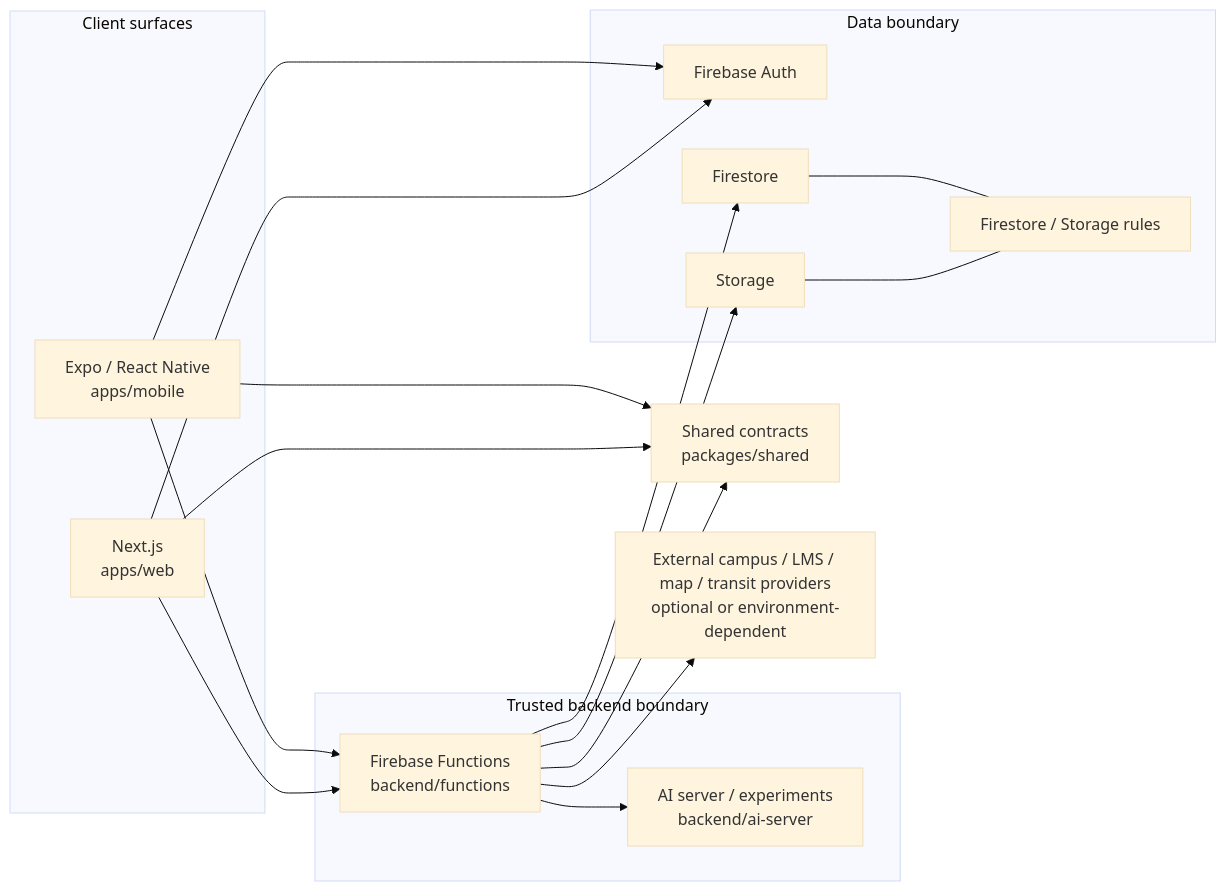
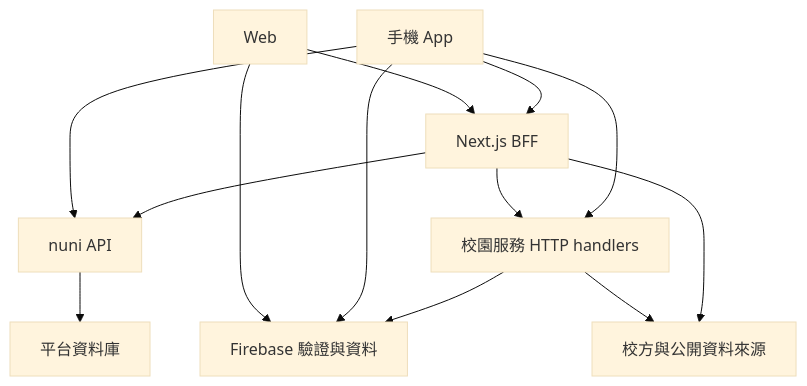
One commit to Miiduoa/graduation changed the diagram in docs/ARCHITECTURE_OVERVIEW.md. Above: the diagram before and after it, drawn with Mermaid (base theme). The commit also changed other lines of this file and 18 other files, not shown here.

First line of the commit message:
更新 nuni 專案介紹、開發文件與操作截圖

````diff
--- a/docs/ARCHITECTURE_OVERVIEW.md
+++ b/docs/ARCHITECTURE_OVERVIEW.md
@@ -5,32 +25,15 @@
 ```mermaid
-flowchart LR
-  subgraph Clients["Client surfaces"]
-    Mobile["Expo / React Native<br/>apps/mobile"]
-    Web["Next.js<br/>apps/web"]
-  end
-  Shared["Shared contracts<br/>packages/shared"]
-  subgraph Backend["Trusted backend boundary"]
-    Functions["Firebase Functions<br/>backend/functions"]
-    AI["AI server / experiments<br/>backend/ai-server"]
-  end
-  subgraph Data["Data boundary"]
-    Auth["Firebase Auth"]
-    Firestore["Firestore"]
-    Storage["Storage"]
-    Rules["Firestore / Storage rules"]
-  end
-  External["External campus / LMS / map / transit providers<br/>optional or environment-dependent"]
-  Mobile --> Shared
-  Web --> Shared
-  Mobile --> Auth
-  Web --> Auth
-  Mobile --> Functions
-  Web --> Functions
-  Functions --> Shared
-  Functions --> Firestore
-  Functions --> Storage
-  Functions --> External
-  Functions --> AI
-  Firestore --- Rules
-  Storage --- Rules
+flowchart TD
+  Web["Web"] --> BFF["Next.js BFF"]
+  App["手機 App"] --> API["nuni API"]
+  BFF --> API
+  API --> PlatformData["平台資料庫"]
+  App --> BFF
+  Web --> Firebase["Firebase 驗證與資料"]
+  App --> Firebase
+  BFF --> Handlers["校園服務 HTTP handlers"]
+  App --> Handlers
+  Handlers --> Firebase
+  Handlers --> Sources["校方與公開資料來源"]
+  BFF --> Sources
 ```
````
